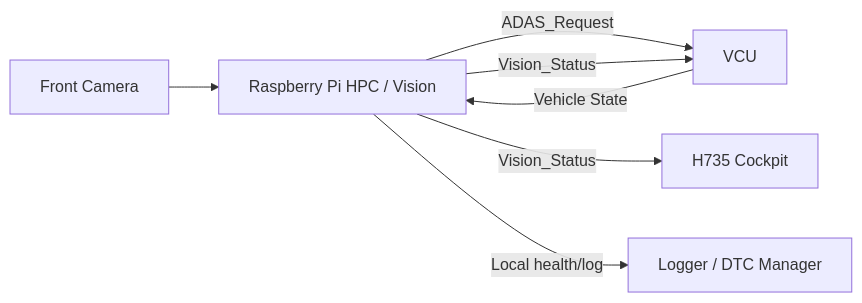
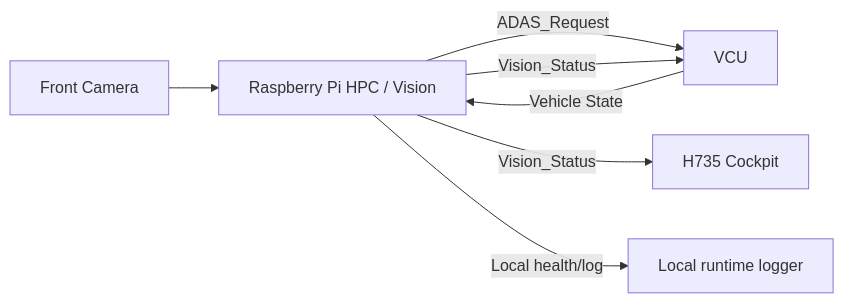
Before and after one commit to sunmaan22/SDV_MCU_Project: the first of 5 diagrams in docs/ecus/HPC_Camera_Vision/ARCHITECTURE.md, drawn with Mermaid. The commit also changed 25 other files, not shown here.

````diff
--- a/docs/ecus/HPC_Camera_Vision/ARCHITECTURE.md
+++ b/docs/ecus/HPC_Camera_Vision/ARCHITECTURE.md
@@ -100,9 +100,9 @@
 ```mermaid
 flowchart LR
     FCAM[Front Camera] --> HPC[Raspberry Pi HPC / Vision]
     VCU[VCU] -->|Vehicle State| HPC
     HPC -->|ADAS_Request| VCU
     HPC -->|Vision_Status| HMI[H735 Cockpit]
     HPC -->|Vision_Status| VCU
-    HPC -->|Local health/log| LOG[Logger / DTC Manager]
+    HPC -->|Local health/log| LOG[Local runtime logger]
 ```
````
